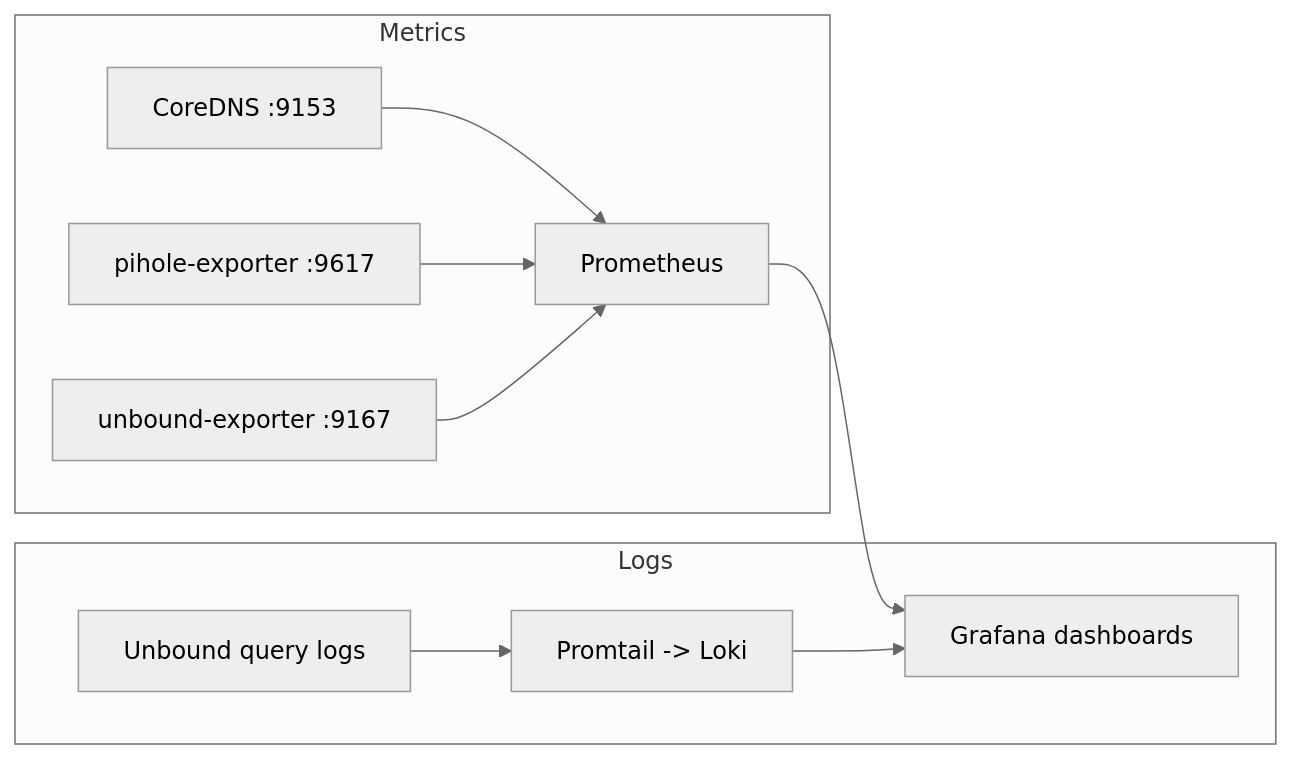
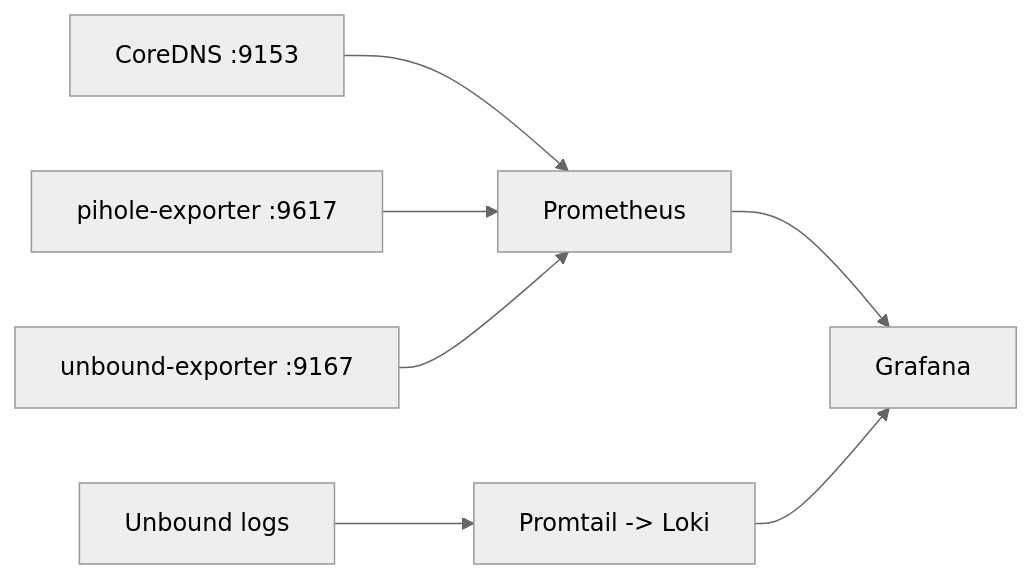
Before and after one commit to ivanversluis/homelabs: the third of 3 diagrams in docs/dns.md, drawn with Mermaid (neutral theme). The commit also changed other lines of this file and 11 other files, not shown here.

Commit message:
docs(platform): align paths and architecture guidance

````diff
--- a/docs/dns.md
+++ b/docs/dns.md
@@ -182,13 +105,9 @@
 ```mermaid
 flowchart LR
-  subgraph Metrics
-    A[CoreDNS :9153] --> P[Prometheus]
-    B[pihole-exporter :9617] --> P
-    C[unbound-exporter :9167] --> P
-  end
-  P --> G[Grafana dashboards]
-  subgraph Logs
-    D[Unbound query logs] --> L[Promtail -> Loki]
-    L --> G
-  end
+  A[CoreDNS :9153] --> P[Prometheus]
+  B[pihole-exporter :9617] --> P
+  C[unbound-exporter :9167] --> P
+  P --> G[Grafana]
+  U[Unbound logs] --> L[Promtail -> Loki]
+  L --> G
 ```
````
